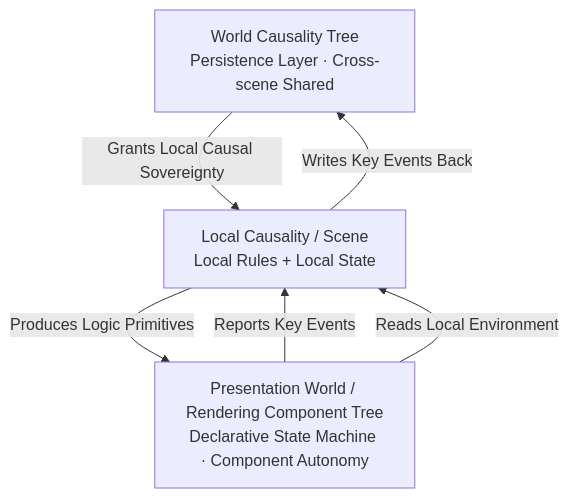
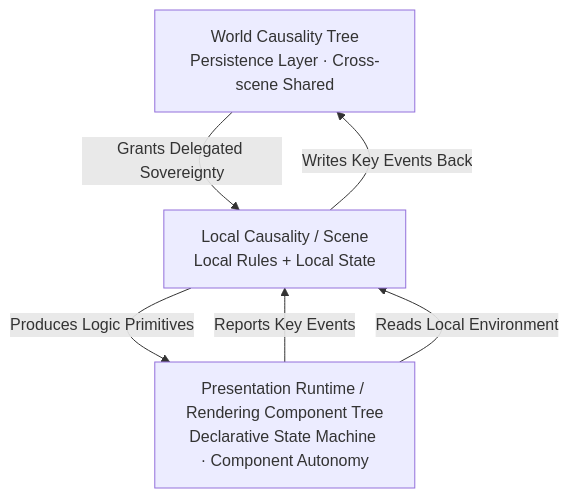
One commit to shixiangxi0/Cobweb changed the diagram in README_EN.md. Above: the diagram before and after it, drawn with Mermaid. The commit also changed other lines of this file and 4 other files, not shown here.

````diff
--- a/README_EN.md
+++ b/README_EN.md
@@ -103,9 +107,9 @@
 ```mermaid
 graph TD
     A[World Causality Tree<br/>Persistence Layer · Cross-scene Shared]
-    A -->|Grants Local Causal Sovereignty| B[Local Causality / Scene<br/>Local Rules + Local State]
+    A -->|Grants Delegated Sovereignty| B[Local Causality / Scene<br/>Local Rules + Local State]
     B -->|Writes Key Events Back| A
-    B -->|Produces Logic Primitives| C[Presentation World / Rendering Component Tree<br/>Declarative State Machine · Component Autonomy]
+    B -->|Produces Logic Primitives| C[Presentation Runtime / Rendering Component Tree<br/>Declarative State Machine · Component Autonomy]
     C -->|Reports Key Events| B
     C -->|Reads Local Environment| B
 ```
````
